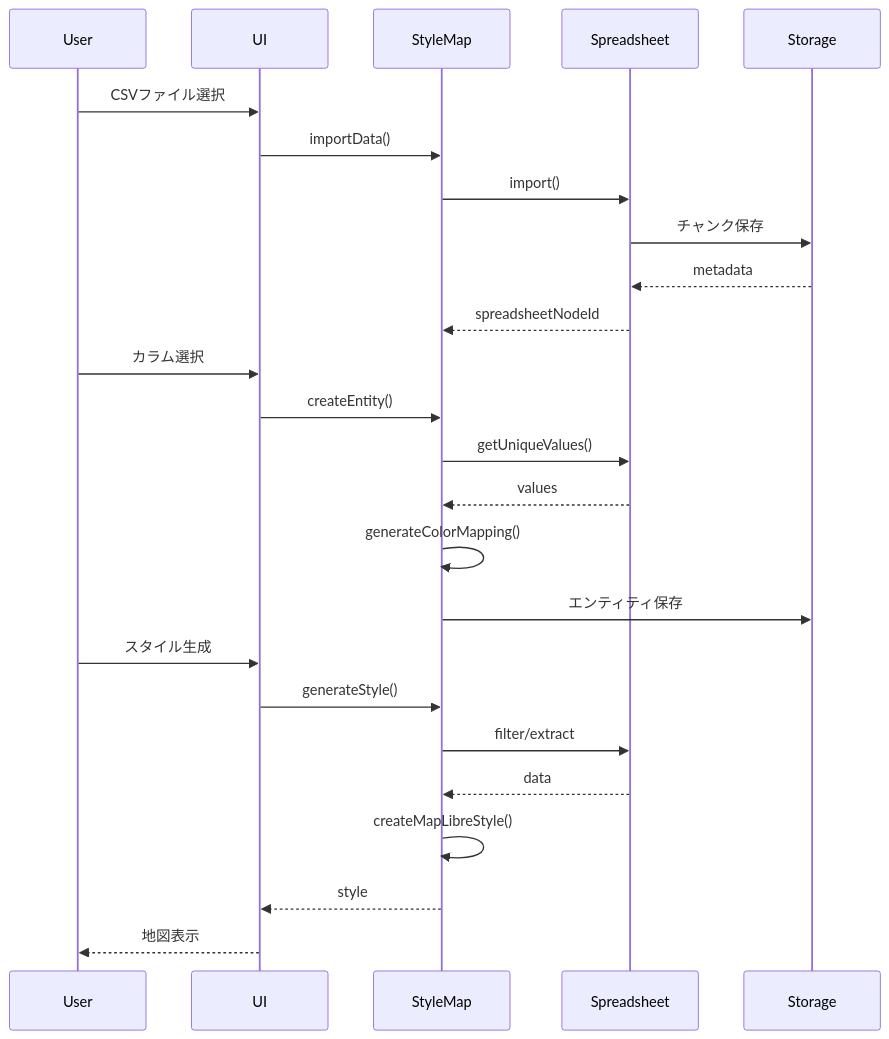
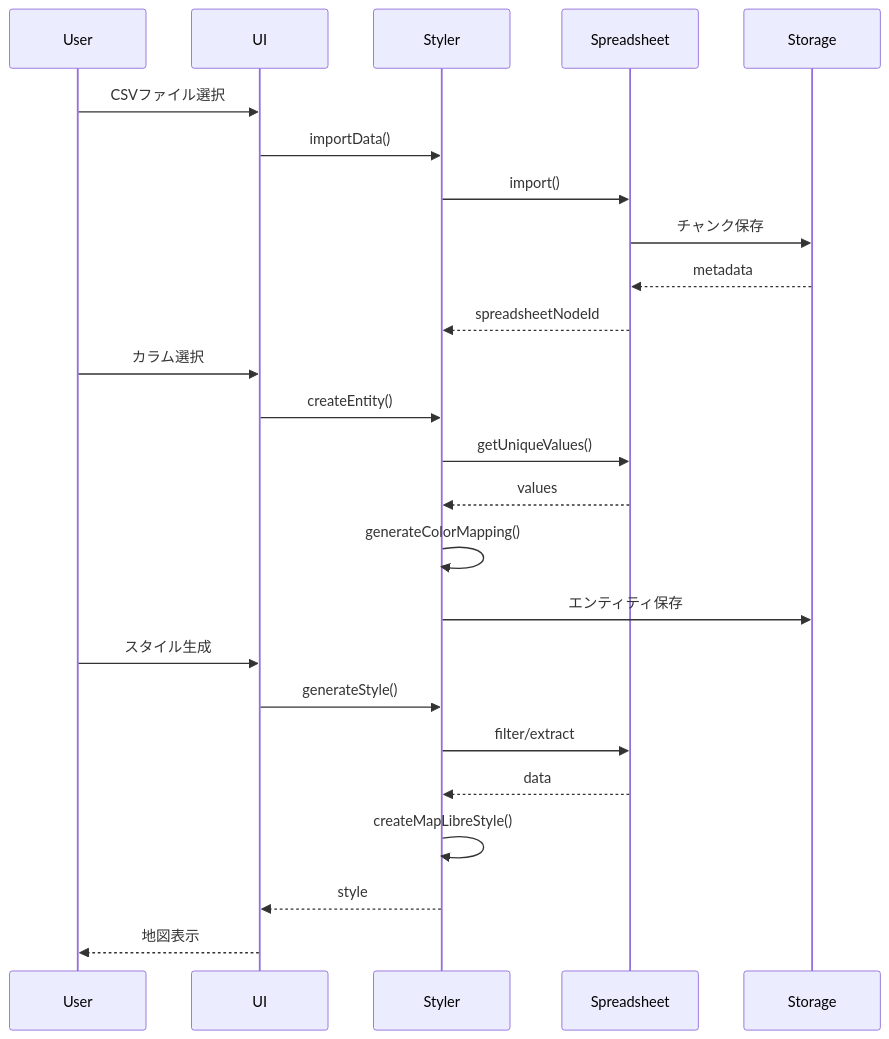
Before and after one commit to kubohiroya/hierarchidb: the diagram in docs/deprecated/REPORT/stylemap/implementation-spec.md, drawn with Mermaid. The commit also changed other lines of this file and 267 other files, not shown here.

````diff
--- a/docs/deprecated/REPORT/stylemap/implementation-spec.md
+++ b/docs/deprecated/REPORT/stylemap/implementation-spec.md
@@ -460,30 +460,30 @@
 ```mermaid
 sequenceDiagram
     participant User
     participant UI
-    participant StyleMap
+    participant Styler
     participant Spreadsheet
     participant Storage
     
     User->>UI: CSVファイル選択
-    UI->>StyleMap: importData()
-    StyleMap->>Spreadsheet: import()
+    UI->>Styler: importData()
+    Styler->>Spreadsheet: import()
     Spreadsheet->>Storage: チャンク保存
     Storage-->>Spreadsheet: metadata
-    Spreadsheet-->>StyleMap: spreadsheetNodeId
+    Spreadsheet-->>Styler: spreadsheetNodeId
     
     User->>UI: カラム選択
-    UI->>StyleMap: createEntity()
-    StyleMap->>Spreadsheet: getUniqueValues()
-    Spreadsheet-->>StyleMap: values
-    StyleMap->>StyleMap: generateColorMapping()
-    StyleMap->>Storage: エンティティ保存
+    UI->>Styler: createEntity()
+    Styler->>Spreadsheet: getUniqueValues()
+    Spreadsheet-->>Styler: values
+    Styler->>Styler: generateColorMapping()
+    Styler->>Storage: エンティティ保存
     
     User->>UI: スタイル生成
-    UI->>StyleMap: generateStyle()
-    StyleMap->>Spreadsheet: filter/extract
-    Spreadsheet-->>StyleMap: data
-    StyleMap->>StyleMap: createMapLibreStyle()
-    StyleMap-->>UI: style
+    UI->>Styler: generateStyle()
+    Styler->>Spreadsheet: filter/extract
+    Spreadsheet-->>Styler: data
+    Styler->>Styler: createMapLibreStyle()
+    Styler-->>UI: style
     UI-->>User: 地図表示
 ```
````
